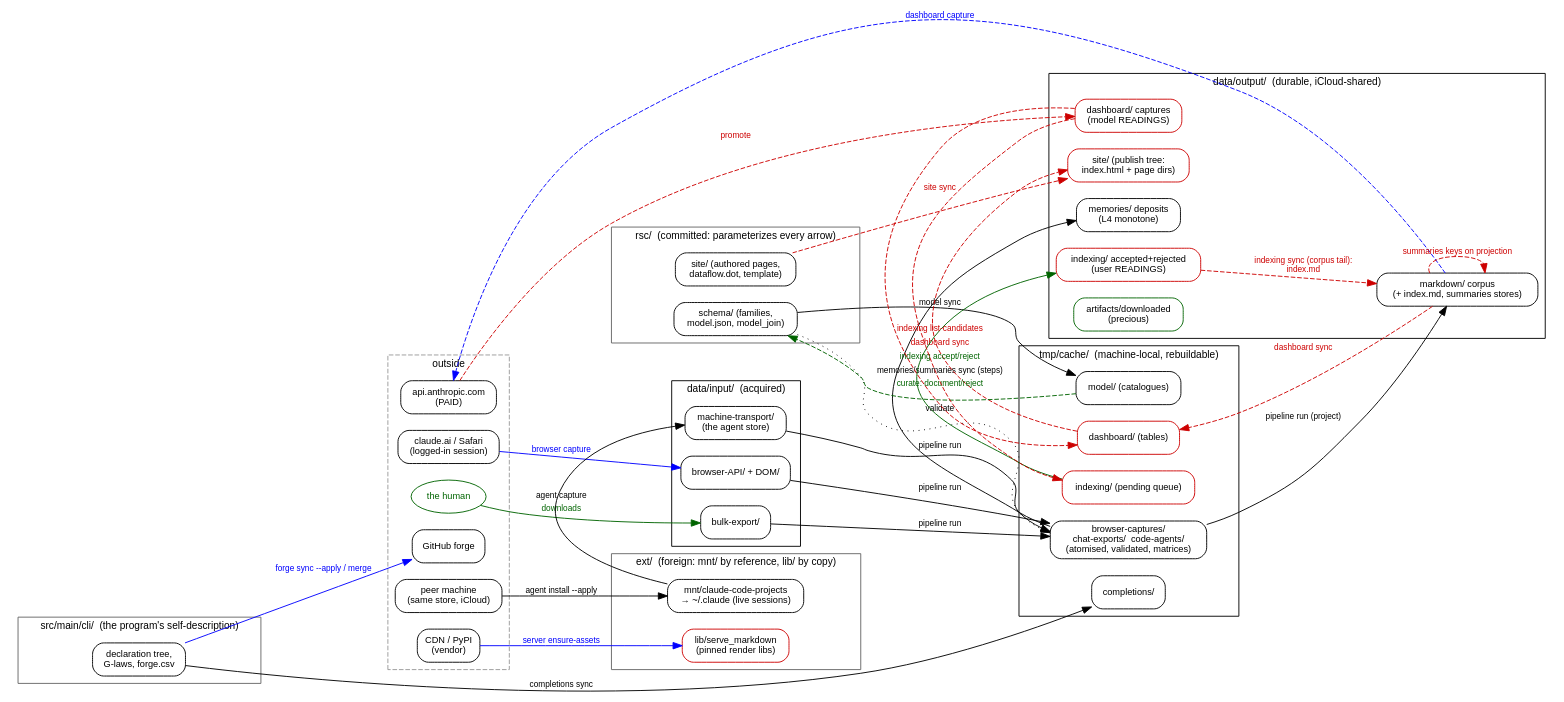
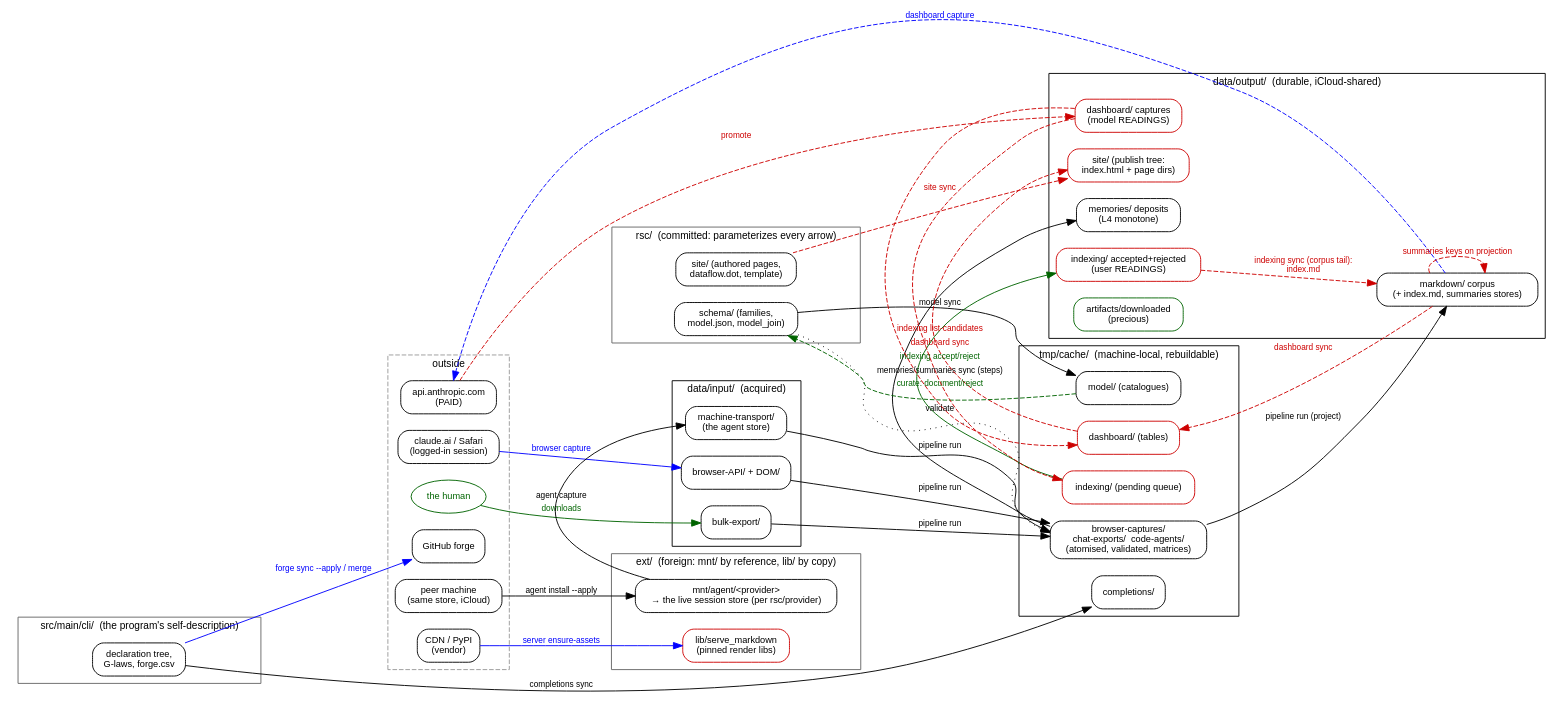
Before and after one commit to rpus/corpus-yoga: the diagram in rsc/site/corpus-yoga/dataflow.dot, drawn with Graphviz. The commit also changed 17 other files, not shown here.

```diff
--- a/rsc/site/corpus-yoga/dataflow.dot
+++ b/rsc/site/corpus-yoga/dataflow.dot
@@ -1,105 +1,105 @@
 // The repo's dataflow: tiers as clusters, one edge per writing command.
 //   black solid = the feed-forward kernel: input -(pipeline)-> cache -(pipeline)-> output
 //   red dashed  = the reflexive layer: the corpus reading and curating itself
 //   blue        = sends (wire crossings: what YOGA_NO_SEND refuses)
 //   green       = the human's own writes
 // Edges are labeled with the COMMAND that writes them, never a file path.
 digraph "corpus-yoga" {
   rankdir=LR;
   fontname="Helvetica"; fontsize=11;
   node [fontname="Helvetica", fontsize=10, shape=box, style=rounded];
   edge [fontname="Helvetica", fontsize=9];
 
   // ── outside the repo ─────────────────────────────────────────
   subgraph cluster_world {
     label="outside"; style=dashed; color=gray60;
     claudeai   [label="claude.ai / Safari\n(logged-in session)"];
     anthropic  [label="api.anthropic.com\n(PAID)"];
     cdn        [label="CDN / PyPI\n(vendor)"];
     forge      [label="GitHub forge"];
     human      [label="the human", shape=ellipse, color=darkgreen, fontcolor=darkgreen];
     peer       [label="peer machine\n(same store, iCloud)"];
   }
 
   // ── ext/ (machine-local: the foreign register) ───────────────
   subgraph cluster_ext {
     label="ext/  (foreign: mnt/ by reference, lib/ by copy)"; color=gray40;
-    liveproj [label="mnt/claude-code-projects\n→ ~/.claude (live sessions)"];
+    liveproj [label="mnt/agent/<provider>\n→ the live session store (per rsc/provider)"];
     vendlib  [label="lib/serve_markdown\n(pinned render libs)", color=red3];
   }
 
   // ── rsc/ (committed) ─────────────────────────────────────────
   subgraph cluster_rsc {
     label="rsc/  (committed: parameterizes every arrow)"; color=gray40;
     schemas [label="schema/ (families,\nmodel.json, model_join)"];
     sitesrc [label="site/ (authored pages,\ndataflow.dot, template)"];
   }
 
   // ── src/main/cli/ (committed) ────────────────────────────────
   subgraph cluster_cli {
     label="src/main/cli/  (the program's self-description)"; color=gray40;
     clidecl [label="declaration tree,\nG-laws, forge.csv"];
   }
 
   // ── data/input/ ──────────────────────────────────────────────
   subgraph cluster_input {
     label="data/input/  (acquired)"; color=black;
     bulk    [label="bulk-export/"];
     brapi   [label="browser-API/ + DOM/"];
     store   [label="machine-transport/\n(the agent store)"];
   }
 
   // ── tmp/cache/ ───────────────────────────────────────────────
   subgraph cluster_cache {
     label="tmp/cache/  (machine-local, rebuildable)"; color=black;
     pipec   [label="browser-captures/\nchat-exports/  code-agents/\n(atomised, validated, matrices)"];
     dashc   [label="dashboard/ (tables)", color=red3];
     idxc    [label="indexing/ (pending queue)", color=red3];
     modelc  [label="model/ (catalogues)"];
     compc   [label="completions/"];
   }
 
   // ── data/output/ ─────────────────────────────────────────────
   subgraph cluster_output {
     label="data/output/  (durable, iCloud-shared)"; color=black;
     corpus  [label="markdown/ corpus\n(+ index.md, summaries stores)"];
     deposits[label="memories/ deposits\n(L4 monotone)"];
     reading [label="dashboard/ captures\n(model READINGS)", color=red3];
     curation[label="indexing/ accepted+rejected\n(user READINGS)", color=red3];
     site    [label="site/ (publish tree:\nindex.html + page dirs)", color=red3];
     artifacts[label="artifacts/downloaded\n(precious)", color=darkgreen];
   }
 
   // ── the KERNEL: input →(pipeline)→ cache →(pipeline)→ output ─
   claudeai -> brapi   [label="browser capture", color=blue, fontcolor=blue];
   liveproj -> store   [label="agent capture"];
   peer     -> liveproj[label="agent install --apply"];
   human    -> bulk    [label="downloads", color=darkgreen, fontcolor=darkgreen];
   bulk  -> pipec  [label="pipeline run"];
   brapi -> pipec  [label="pipeline run"];
   store -> pipec  [label="pipeline run"];
   schemas -> pipec [label="validate", style=dotted];
   pipec -> corpus   [label="pipeline run (project)"];
   pipec -> deposits [label="memories/summaries sync (steps)"];
 
   // ── support caches from rsc ──────────────────────────────────
   clidecl -> compc  [label="completions sync"];
   schemas -> modelc [label="model sync"];
   modelc  -> schemas [label="curate: document/reject", color=darkgreen, fontcolor=darkgreen, style=dashed];
 
   // ── the REFLEXIVE layer: output reads itself ─────────────────
   corpus  -> anthropic [label="dashboard capture", color=blue, fontcolor=blue, style=dashed];
   anthropic -> reading [label="promote", color=red3, fontcolor=red3, style=dashed];
   corpus  -> dashc  [label="dashboard sync", color=red3, fontcolor=red3, style=dashed];
   reading -> dashc  [color=red3, style=dashed];
   dashc   -> site   [label="dashboard sync", color=red3, fontcolor=red3, style=dashed];
   sitesrc -> site   [label="site sync", color=red3, fontcolor=red3, style=dashed];
   reading -> idxc   [label="indexing list-candidates", color=red3, fontcolor=red3, style=dashed];
   idxc    -> curation [label="indexing accept/reject", color=darkgreen, fontcolor=darkgreen];
   curation -> corpus [label="indexing sync (corpus tail):\nindex.md", color=red3, fontcolor=red3, style=dashed];
   corpus  -> corpus  [label="summaries keys on projection", color=red3, fontcolor=red3, style=dashed];
 
   // ── vendor + forge ───────────────────────────────────────────
   cdn   -> vendlib [label="server ensure-assets", color=blue, fontcolor=blue];
   clidecl -> forge [label="forge sync --apply / merge", color=blue, fontcolor=blue];
 }
```
